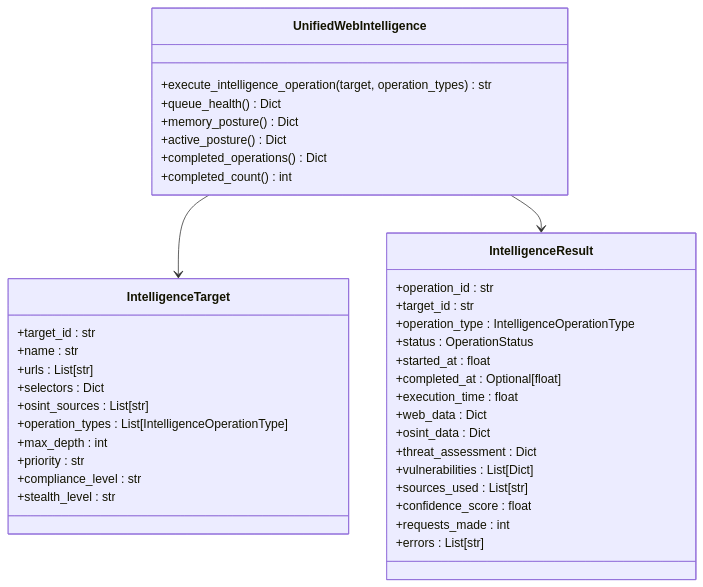
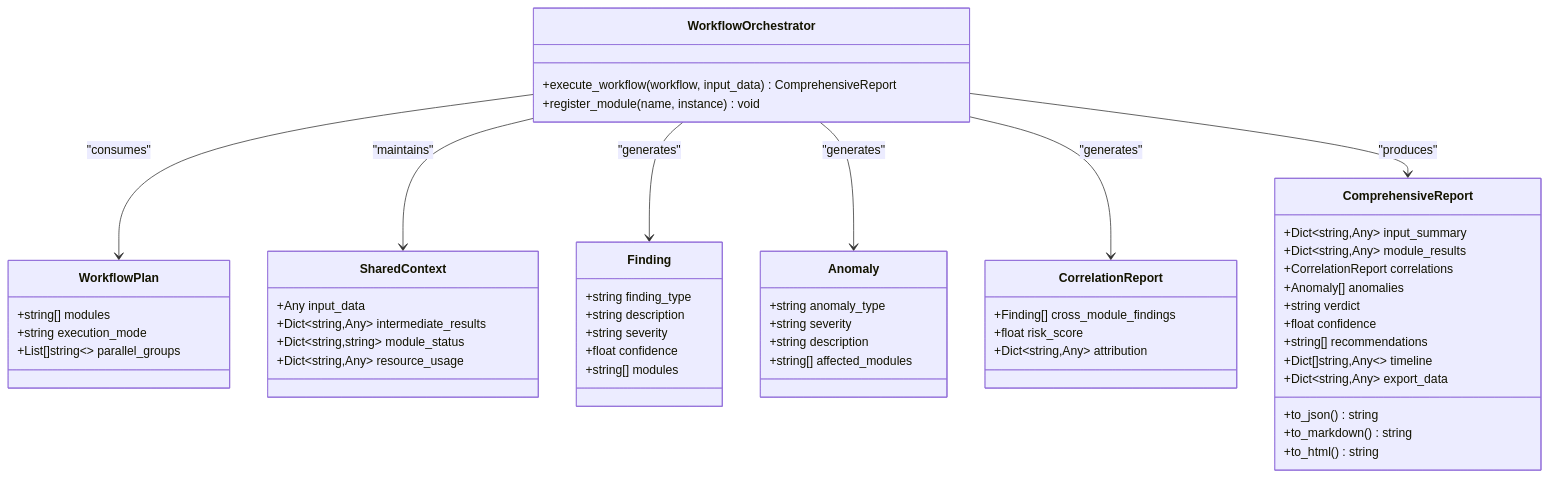
Before and after one commit to Hamulda/hledac-universal: the eighth of 12 diagrams in .qoder/repowiki/en/content/Intelligence Modules/Intelligence Modules.md, drawn with Mermaid. The commit also changed other lines of this file and 236 other files, not shown here.

````diff
--- a/.qoder/repowiki/en/content/Intelligence Modules/Intelligence Modules.md
+++ b/.qoder/repowiki/en/content/Intelligence Modules/Intelligence Modules.md
@@ -310,42 +352,56 @@
 ```mermaid
 classDiagram
-class UnifiedWebIntelligence {
-+execute_intelligence_operation(target, operation_types) str
-+queue_health() Dict
-+memory_posture() Dict
-+active_posture() Dict
-+completed_operations() Dict
-+completed_count() int
+class WorkflowPlan {
++string[] modules
++string execution_mode
++List[]string~~ parallel_groups
 }
-class IntelligenceTarget {
-+target_id : str
-+name : str
-+urls : List[str]
-+selectors : Dict
-+osint_sources : List[str]
-+operation_types : List[IntelligenceOperationType]
-+max_depth : int
-+priority : str
-+compliance_level : str
-+stealth_level : str
+class SharedContext {
++Any input_data
++Dict~string,Any~ intermediate_results
++Dict~string,string~ module_status
++Dict~string,Any~ resource_usage
 }
-class IntelligenceResult {
-+operation_id : str
-+target_id : str
-+operation_type : IntelligenceOperationType
-+status : OperationStatus
-+started_at : float
-+completed_at : Optional[float]
-+execution_time : float
-+web_data : Dict
-+osint_data : Dict
-+threat_assessment : Dict
-+vulnerabilities : List[Dict]
-+sources_used : List[str]
-+confidence_score : float
-+requests_made : int
-+errors : List[str]
+class Finding {
++string finding_type
++string description
++string severity
++float confidence
++string[] modules
 }
-UnifiedWebIntelligence --> IntelligenceTarget
-UnifiedWebIntelligence --> IntelligenceResult
+class Anomaly {
++string anomaly_type
++string severity
++string description
++string[] affected_modules
+}
+class CorrelationReport {
++Finding[] cross_module_findings
++float risk_score
++Dict~string,Any~ attribution
+}
+class ComprehensiveReport {
++Dict~string,Any~ input_summary
++Dict~string,Any~ module_results
++CorrelationReport correlations
++Anomaly[] anomalies
++string verdict
++float confidence
++string[] recommendations
++Dict[]string,Any~~ timeline
++Dict~string,Any~ export_data
++to_json() string
++to_markdown() string
++to_html() string
+}
+class WorkflowOrchestrator {
++execute_workflow(workflow, input_data) ComprehensiveReport
++register_module(name, instance) void
+}
+WorkflowOrchestrator --> WorkflowPlan : "consumes"
+WorkflowOrchestrator --> SharedContext : "maintains"
+WorkflowOrchestrator --> Finding : "generates"
+WorkflowOrchestrator --> Anomaly : "generates"
+WorkflowOrchestrator --> CorrelationReport : "generates"
+WorkflowOrchestrator --> ComprehensiveReport : "produces"
 ```
````
